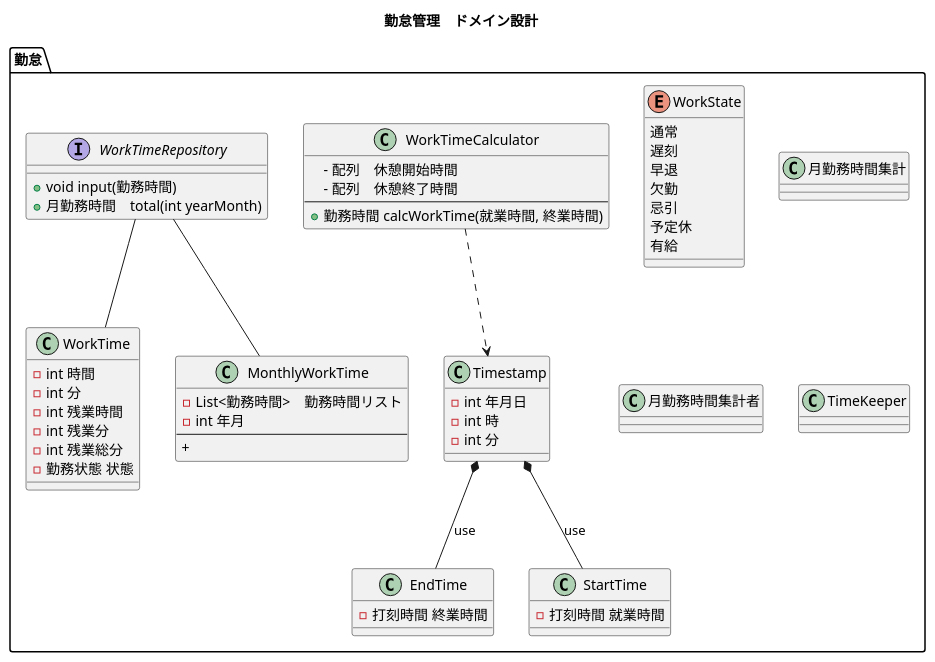
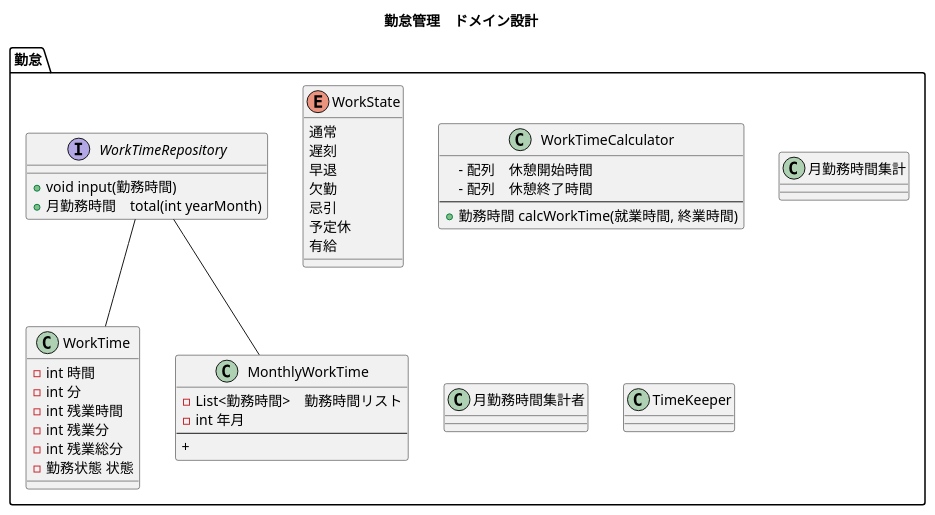
Before and after one commit to biglobe-isp/kintai: the diagram in etc/document/domain/kintai-model.puml, drawn with PlantUML.

Commit message:
打刻時間、就業時間、終業時間クラスの削除

```diff
--- a/etc/document/domain/kintai-model.puml
+++ b/etc/document/domain/kintai-model.puml
@@ -1,77 +1,58 @@
 @startuml
 
 title 勤怠管理　ドメイン設計
 
 
 package 勤怠{
 
-    enum 勤務状態 as "WorkState"{
+    enum 勤務状態 as "WorkState" {
      通常
      遅刻
      早退
      欠勤
      忌引
      予定休
      有給
     }
-
-    class 打刻時間 as "Timestamp"{
-     - int 年月日
-     - int 時
-     – int 分
-    }
-
-    勤務時間算出者 ..> 打刻時間
-
-
-    class 終業時間 as "EndTime"{
-     - 打刻時間 終業時間
-    }
-    打刻時間 *-- "終業時間" : use
-
-    class 就業時間 as "StartTime" {
-     - 打刻時間 就業時間
-    }
-    打刻時間 *-- "就業時間" : use
 
     class 勤務時間 as "WorkTime"{
      - int 時間
      – int 分
      - int 残業時間
      - int 残業分
      - int 残業総分
      - 勤務状態 状態
     }
 
     class 勤務時間算出者 as "WorkTimeCalculator"{
     　- 配列　休憩開始時間
     　- 配列　休憩終了時間
     --
      + 勤務時間 calcWorkTime(就業時間, 終業時間)
     }
 
 
     class 月勤務時間 as "MonthlyWorkTime"{
      - List<勤務時間>　勤務時間リスト
      - int 年月
      --
      +
     }
 
 
     interface 勤務時間リポジトリ as "WorkTimeRepository"{
       + void input(勤務時間)
       + 月勤務時間　total(int yearMonth)
     }
 
     勤務時間リポジトリ -- 月勤務時間
     勤務時間リポジトリ -- 勤務時間
 
     class 月勤務時間集計 {
     }
     class 月勤務時間集計者 {
     }
     class TimeKeeper {
     }
 }
 @enduml
```
